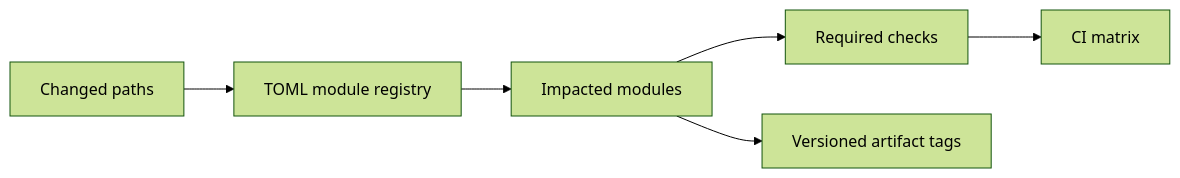
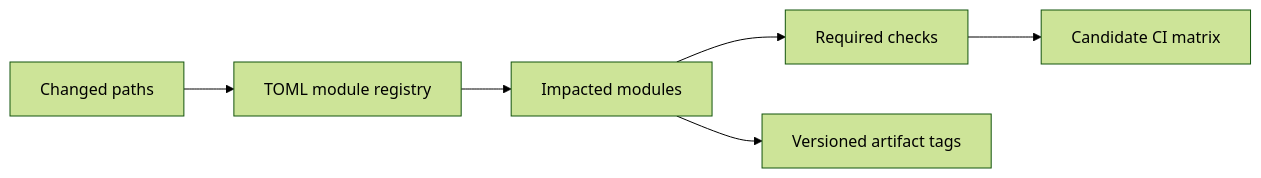
One commit to gabrafur/customer-engagement-data-platform changed the second of 2 diagrams in docs/modular-platform.md. Above: the diagram before and after it, drawn with Mermaid (forest theme). The commit also changed other lines of this file and 15 other files, not shown here.

````diff
--- a/docs/modular-platform.md
+++ b/docs/modular-platform.md
@@ -28,8 +43,8 @@
-```mermaid
+~~~mermaid
 flowchart LR
     C[Changed paths] --> M[TOML module registry]
     M --> I[Impacted modules]
     I --> Q[Required checks]
     I --> A[Versioned artifact tags]
-    Q --> X[CI matrix]
-```
+    Q --> X[Candidate CI matrix]
+~~~
````
